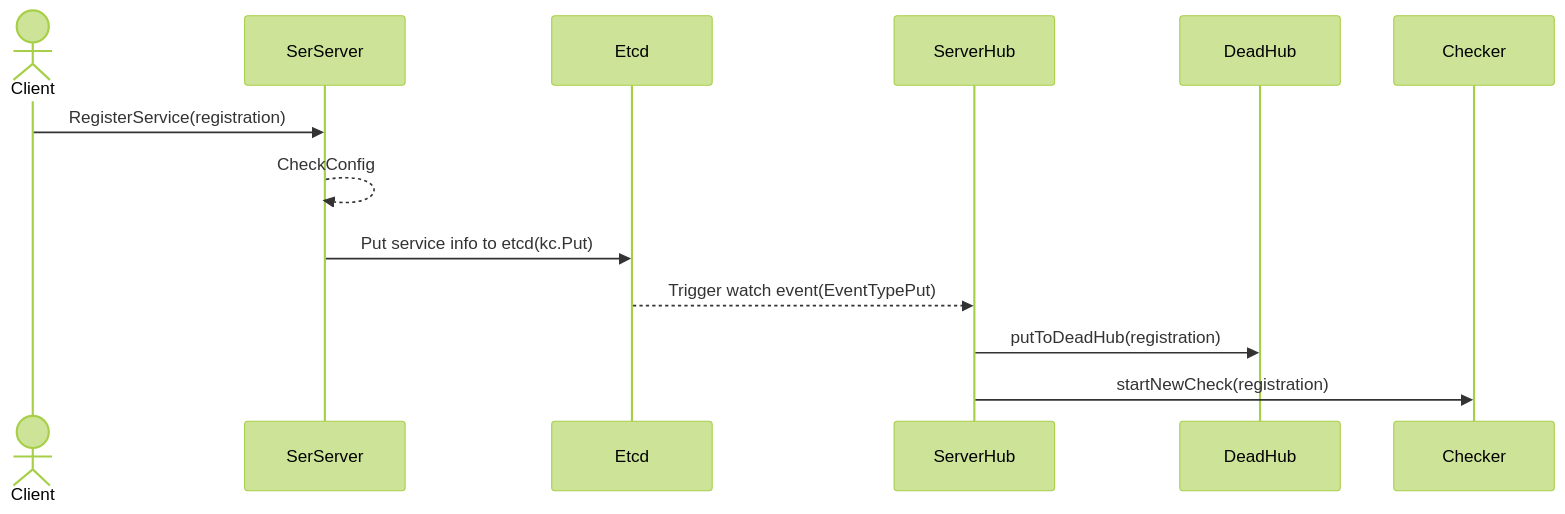
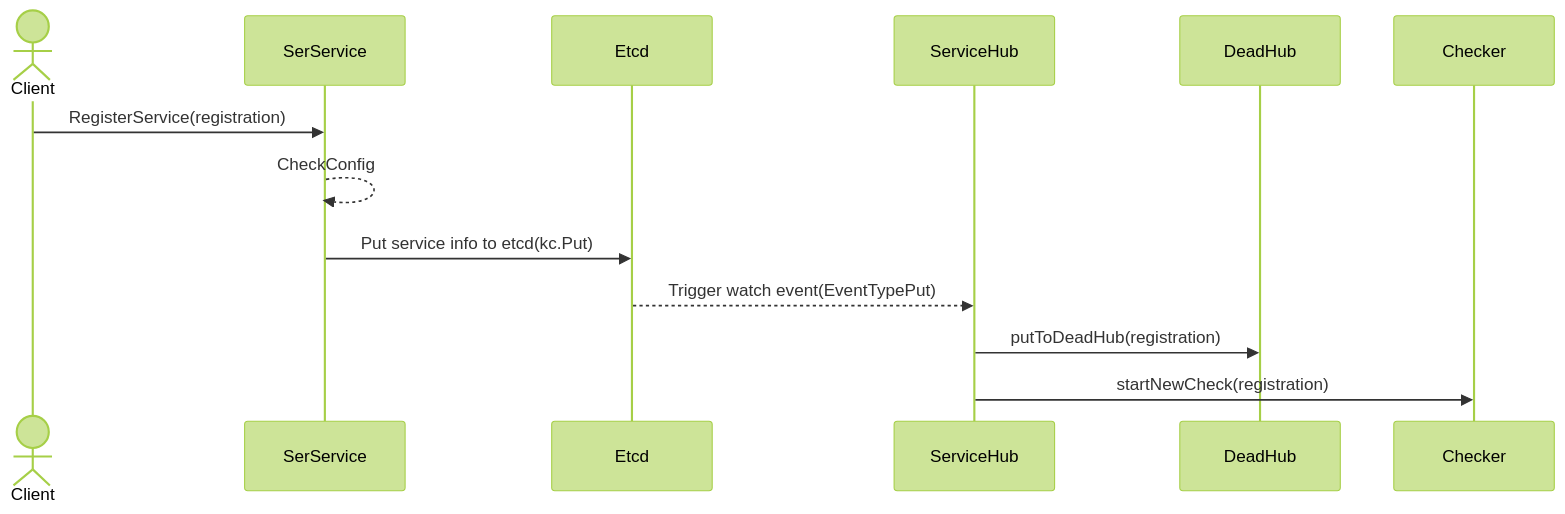
One commit to cruvie/kk_etcd_go changed the first of 4 diagrams in README.md. Above: the diagram before and after it, drawn with Mermaid (forest theme). The commit also changed other lines of this file and 116 other files, not shown here.

Commit message:
replace server to service

````diff
--- a/README.md
+++ b/README.md
@@ -94,10 +94,10 @@
 ```mermaid
 sequenceDiagram
     actor Client
-    Client ->> SerServer: RegisterService(registration)
-    SerServer -->> SerServer: CheckConfig
-    SerServer ->> Etcd: Put service info to etcd(kc.Put)
-    Etcd -->> ServerHub: Trigger watch event(EventTypePut)
-    ServerHub ->> DeadHub: putToDeadHub(registration)
-    ServerHub ->> Checker: startNewCheck(registration)
+    Client ->> SerService: RegisterService(registration)
+    SerService -->> SerService: CheckConfig
+    SerService ->> Etcd: Put service info to etcd(kc.Put)
+    Etcd -->> ServiceHub: Trigger watch event(EventTypePut)
+    ServiceHub ->> DeadHub: putToDeadHub(registration)
+    ServiceHub ->> Checker: startNewCheck(registration)
 ```
````
